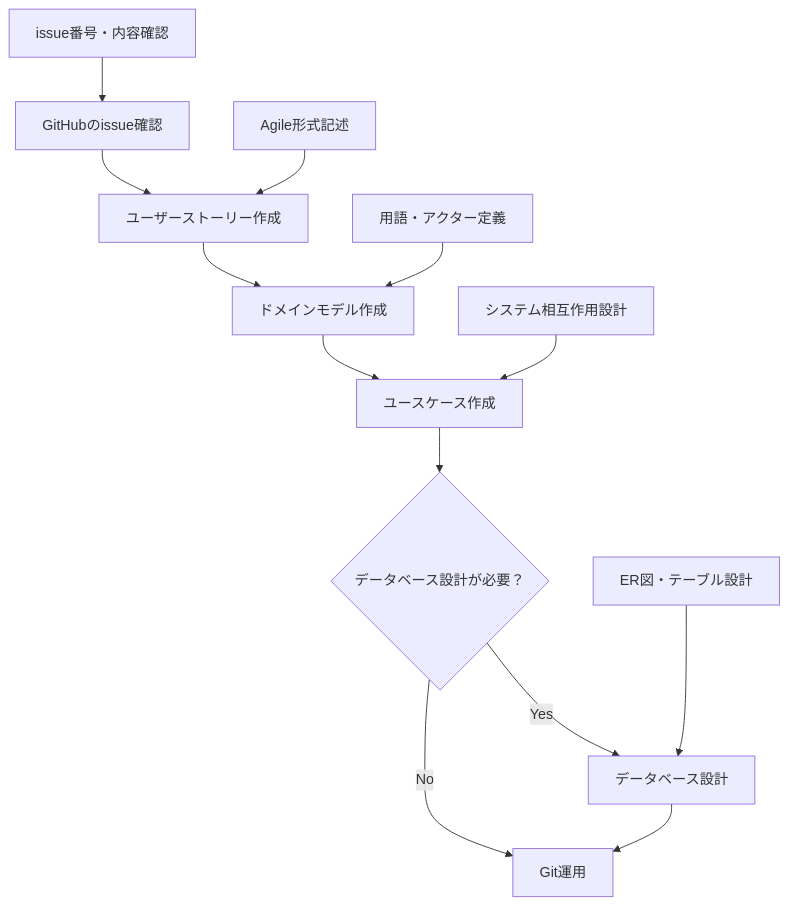
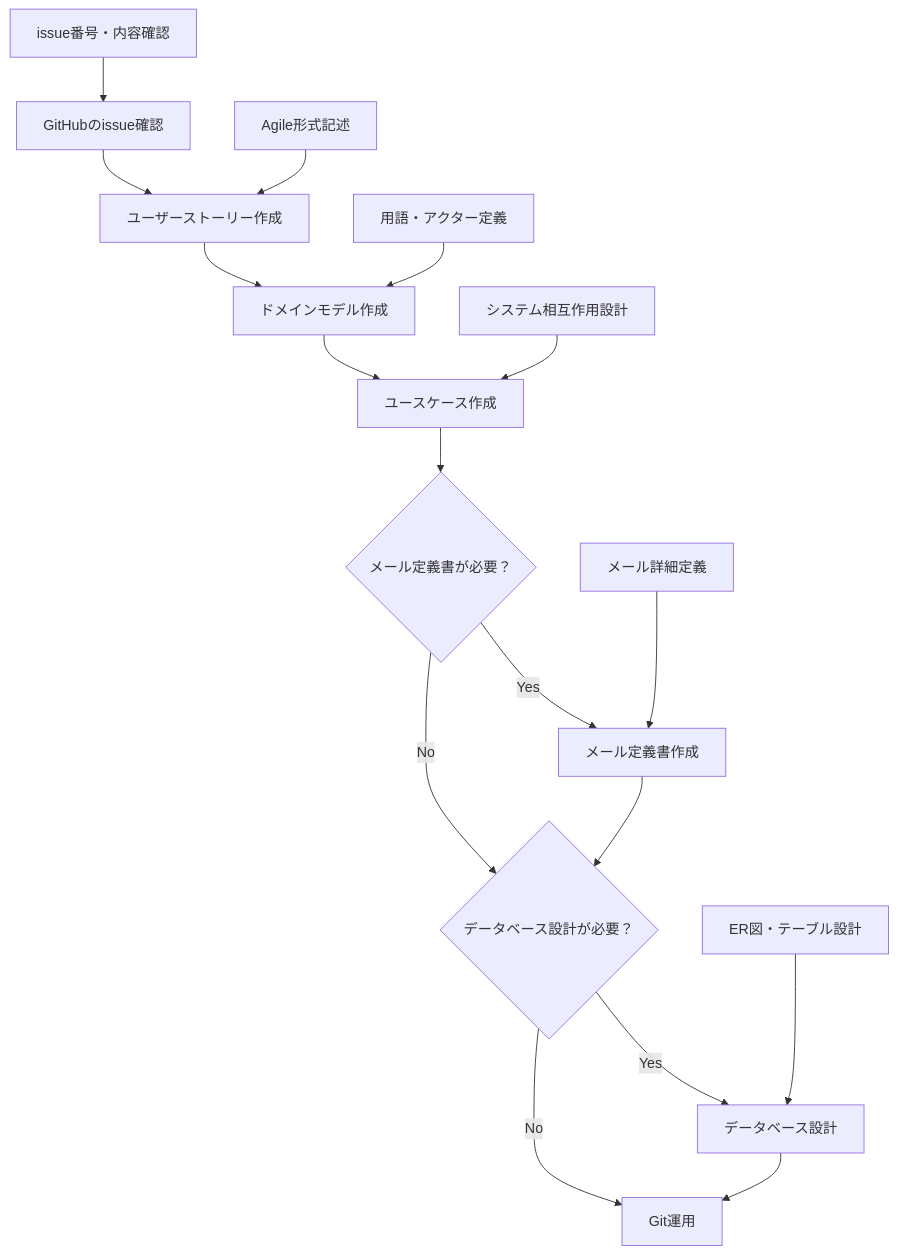
The diagram in .cursor/workflow.md (MasaruFukazawa/designdocs-sample.fukazawasoftwaredevelopment.com), drawn with Mermaid before and after one commit. The commit also changed other lines of this file and 6 other files, not shown here.

````diff
--- a/.cursor/workflow.md
+++ b/.cursor/workflow.md
@@ -90,17 +111,21 @@
 ```mermaid
 %%{init: {"theme": "default"}}%%
 graph TD
     A[GitHubのissue確認] --> B[ユーザーストーリー作成]
     B --> C[ドメインモデル作成]
     C --> D[ユースケース作成]
-    D --> E{データベース設計が必要？}
-    E -->|Yes| F[データベース設計]
-    E -->|No| G[Git運用]
-    F --> G[Git運用]
+    D --> E{メール定義書が必要？}
+    E -->|Yes| F[メール定義書作成]
+    E -->|No| G{データベース設計が必要？}
+    F --> G{データベース設計が必要？}
+    G -->|Yes| H[データベース設計]
+    G -->|No| I[Git運用]
+    H --> I[Git運用]
     
     A1[issue番号・内容確認] --> A
     B1[Agile形式記述] --> B
     C1[用語・アクター定義] --> C
     D1[システム相互作用設計] --> D
-    F1[ER図・テーブル設計] --> F
+    F1[メール詳細定義] --> F
+    H1[ER図・テーブル設計] --> H
 ```
````
